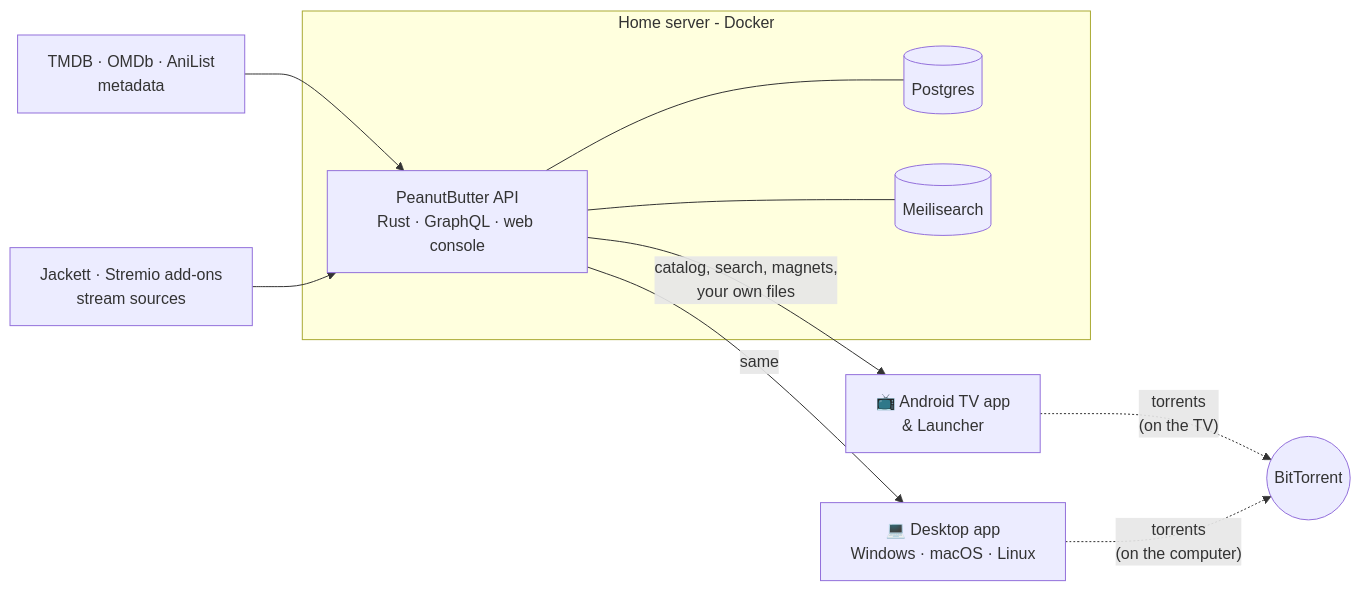
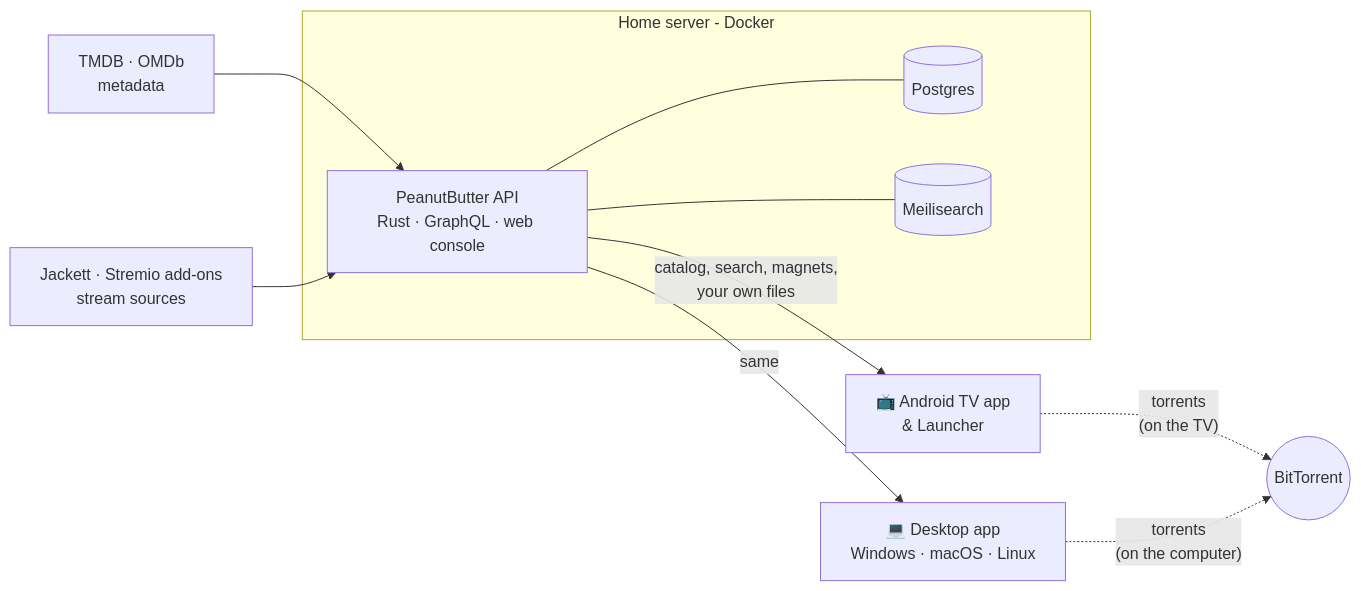
One commit to PeanutButterOrg/PeanutButter changed the diagram in README.md. Above: the diagram before and after it, drawn with Mermaid. The commit also changed other lines of this file and 17 other files, not shown here.

````diff
--- a/README.md
+++ b/README.md
@@ -44,16 +44,16 @@
 ```mermaid
 flowchart LR
     subgraph Home server - Docker
         API["PeanutButter API<br/>Rust · GraphQL · web console"]
         PG[(Postgres)]
         MS[(Meilisearch)]
         API --- PG
         API --- MS
     end
-    TMDB["TMDB · OMDb · AniList<br/>metadata"] --> API
+    TMDB["TMDB · OMDb<br/>metadata"] --> API
     SRC["Jackett · Stremio add-ons<br/>stream sources"] --> API
     API -- "catalog, search, magnets,<br/>your own files" --> TV["📺 Android TV app<br/>& Launcher"]
     API -- same --> DESK["💻 Desktop app<br/>Windows · macOS · Linux"]
     TV -. "torrents<br/>(on the TV)" .-> SWARM((BitTorrent))
     DESK -. "torrents<br/>(on the computer)" .-> SWARM
 ```
````
